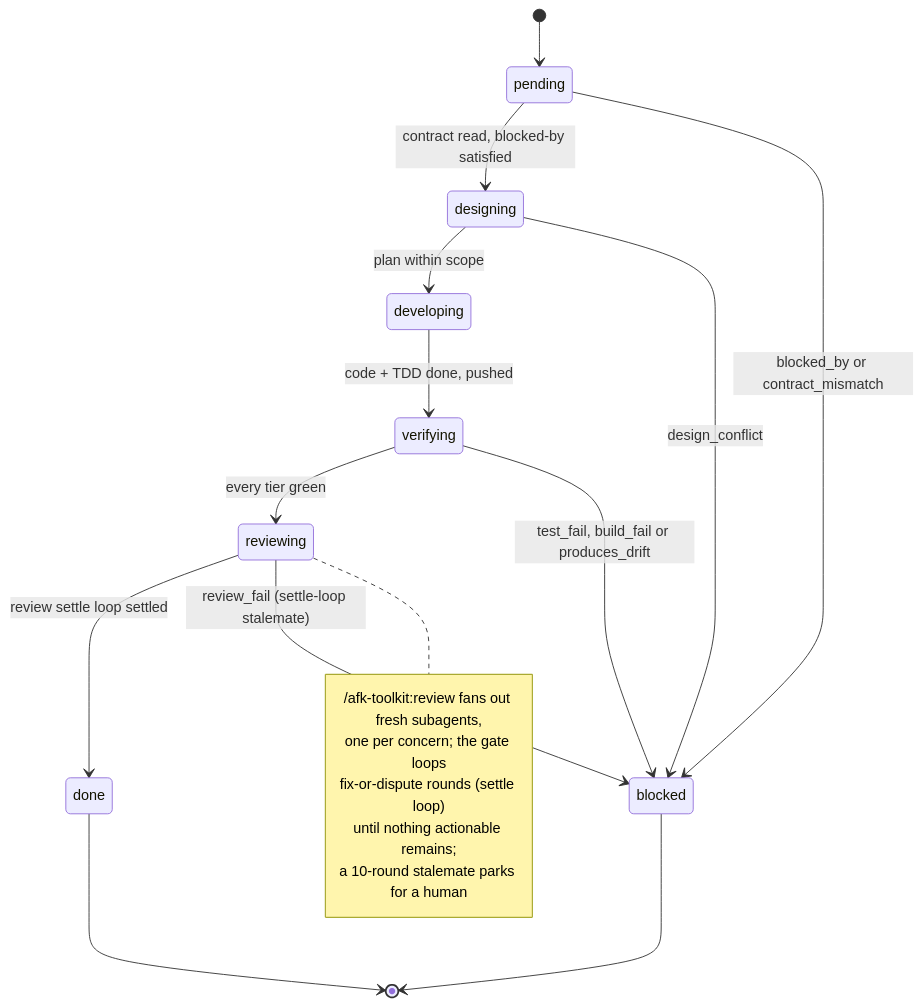
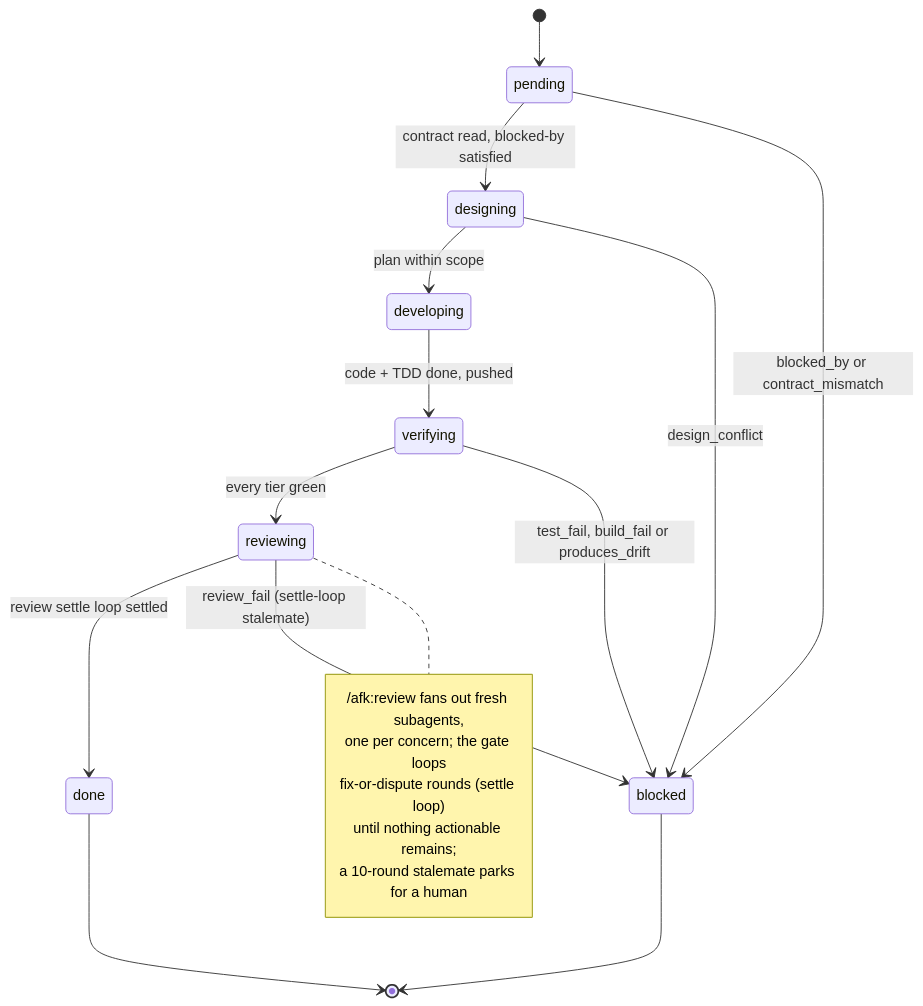
One commit to midnightblur/afk-driver changed the fifth of 6 diagrams in README.md. Above: the diagram before and after it, drawn with Mermaid. The commit also changed other lines of this file and 102 other files, not shown here.

````diff
--- a/README.md
+++ b/README.md
@@ -490,24 +490,24 @@
 ```mermaid
 stateDiagram-v2
     [*] --> pending
     pending --> designing: contract read, blocked-by satisfied
     designing --> developing: plan within scope
     developing --> verifying: code + TDD done, pushed
     verifying --> reviewing: every tier green
     reviewing --> done: review settle loop settled
     done --> [*]
 
     pending --> blocked: blocked_by or contract_mismatch
     designing --> blocked: design_conflict
     verifying --> blocked: test_fail, build_fail or produces_drift
     reviewing --> blocked: review_fail (settle-loop stalemate)
     blocked --> [*]
 
     note right of reviewing
-        /afk-toolkit:review fans out fresh subagents,
+        /afk:review fans out fresh subagents,
         one per concern; the gate loops
         fix-or-dispute rounds (settle loop)
         until nothing actionable remains;
         a 10-round stalemate parks for a human
     end note
 ```
````
